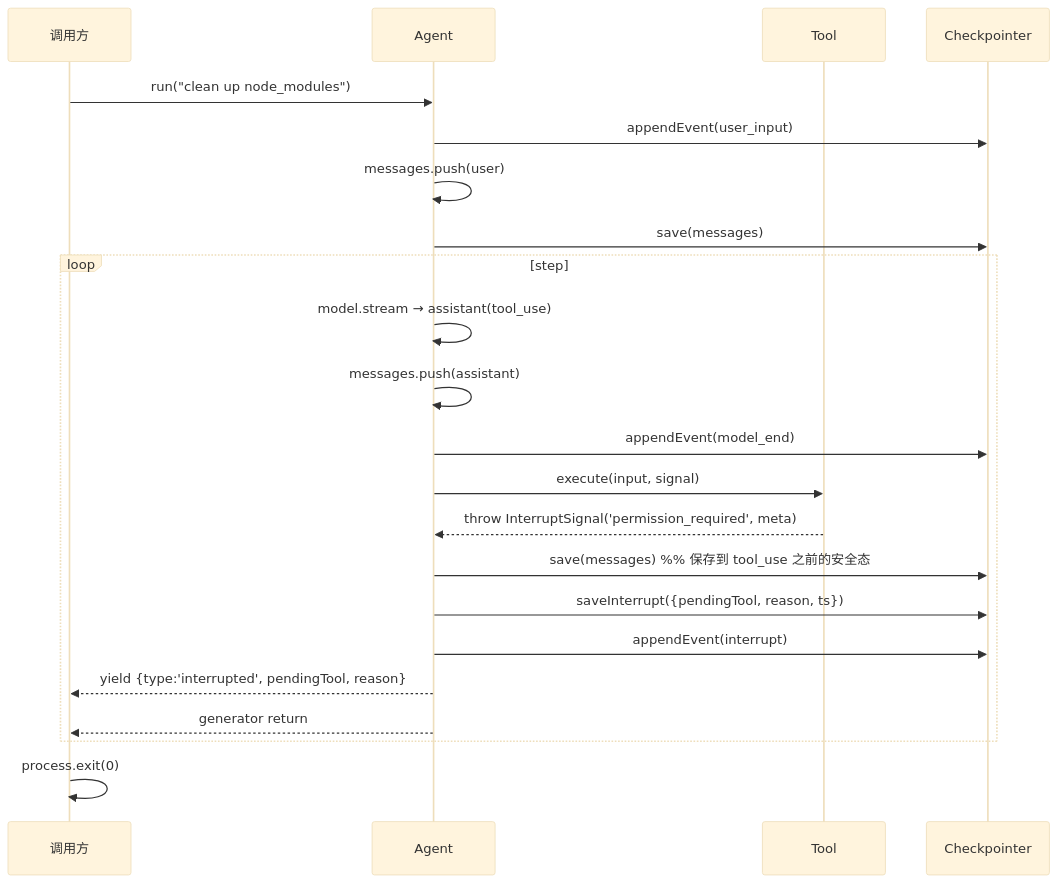
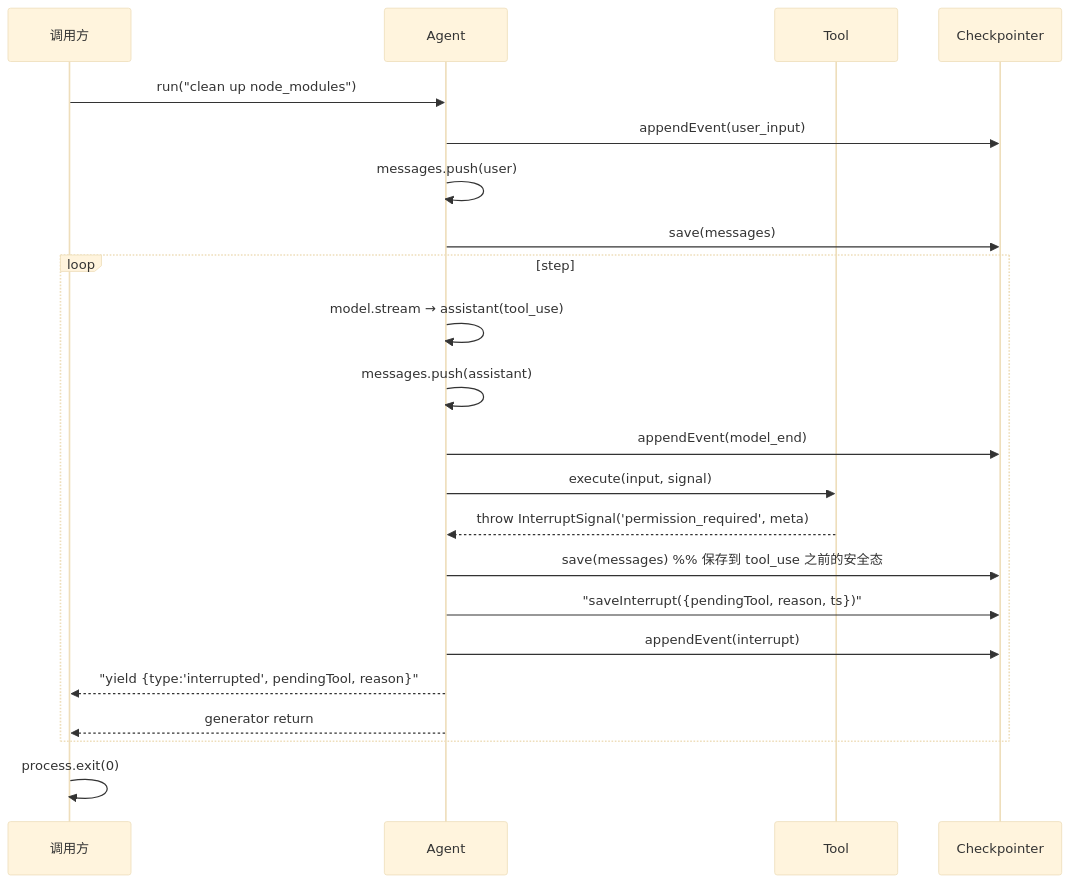
Before and after one commit to Chengchcc/my-agent-team: the first of 2 diagrams in docs/architecture/04-checkpointer.md, drawn with Mermaid (base theme). The commit also changed other lines of this file and 2 other files, not shown here.

Commit message:
docs: fix mermaid syntax — quote message text with braces and angle brackets
Mermaid sequence diagrams treat {} and <> as special characters.
Unquoted message text containing these characters breaks rendering
on GitHub and other mermaid renderers. Wrap affected message texts
in double quotes across 3 architecture docs.

````diff
--- a/docs/architecture/04-checkpointer.md
+++ b/docs/architecture/04-checkpointer.md
@@ -291,29 +291,29 @@
 ```mermaid
 sequenceDiagram
   participant U as 调用方
   participant A as Agent
   participant T as Tool
   participant CP as Checkpointer
 
   U->>A: run("clean up node_modules")
   A->>CP: appendEvent(user_input)
   A->>A: messages.push(user)
   A->>CP: save(messages)
 
   loop step
     A->>A: model.stream → assistant(tool_use)
     A->>A: messages.push(assistant)
     A->>CP: appendEvent(model_end)
 
     A->>T: execute(input, signal)
     T-->>A: throw InterruptSignal('permission_required', meta)
 
     A->>CP: save(messages)               %% 保存到 tool_use 之前的安全态
-    A->>CP: saveInterrupt({pendingTool, reason, ts})
+    A->>CP: "saveInterrupt({pendingTool, reason, ts})"
     A->>CP: appendEvent(interrupt)
-    A-->>U: yield {type:'interrupted', pendingTool, reason}
+    A-->>U: "yield {type:'interrupted', pendingTool, reason}"
     A-->>U: generator return
   end
 
   U->>U: process.exit(0)
 ```
````
